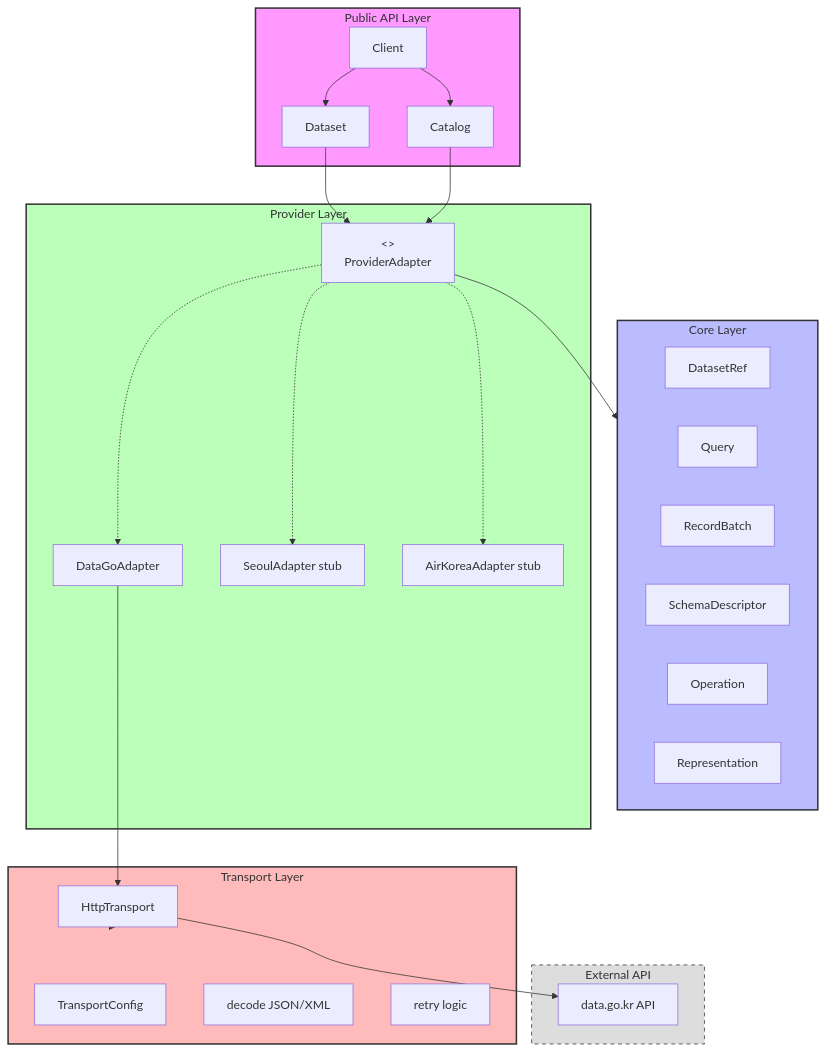
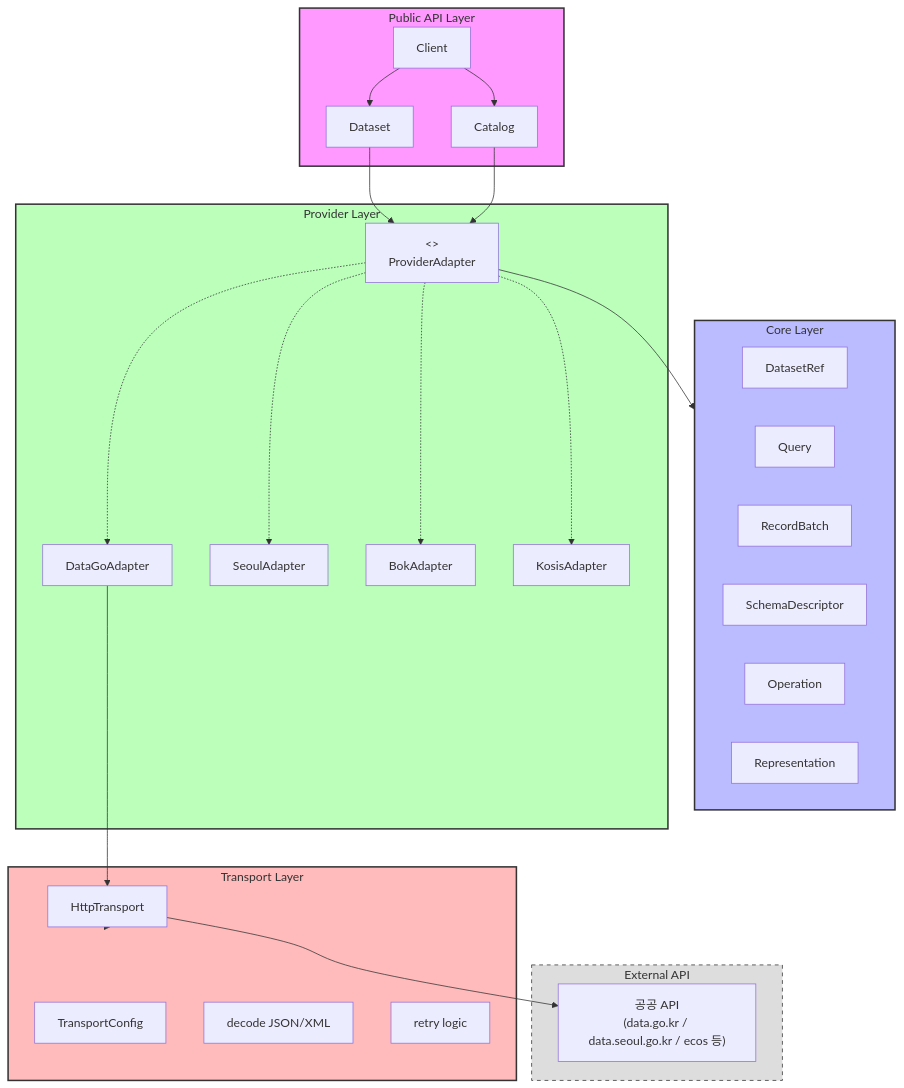
Before and after one commit to yeongseon/kpubdata: the first of 9 diagrams in docs/architecture-diagrams.md, drawn with Mermaid. The commit also changed other lines of this file and 9 other files, not shown here.

````diff
--- a/docs/architecture-diagrams.md
+++ b/docs/architecture-diagrams.md
@@ -11,54 +11,56 @@
 ```mermaid
 graph TB
     subgraph Public_API_Layer [Public API Layer]
         Client[Client]
         Catalog[Catalog]
         Dataset[Dataset]
     end
 
     subgraph Core_Layer [Core Layer]
         DatasetRef[DatasetRef]
         Query[Query]
         RecordBatch[RecordBatch]
         SchemaDescriptor[SchemaDescriptor]
         Operation[Operation]
         Representation[Representation]
     end
 
     subgraph Provider_Layer [Provider Layer]
         ProviderAdapter["<<Protocol>><br/>ProviderAdapter"]
         DataGoAdapter[DataGoAdapter]
-        SeoulAdapter[SeoulAdapter stub]
-        AirKoreaAdapter[AirKoreaAdapter stub]
+        SeoulAdapter[SeoulAdapter]
+        BokAdapter[BokAdapter]
+        KosisAdapter[KosisAdapter]
 
         ProviderAdapter -.-> DataGoAdapter
         ProviderAdapter -.-> SeoulAdapter
-        ProviderAdapter -.-> AirKoreaAdapter
+        ProviderAdapter -.-> BokAdapter
+        ProviderAdapter -.-> KosisAdapter
     end
 
     subgraph Transport_Layer [Transport Layer]
         HttpTransport[HttpTransport]
         TransportConfig[TransportConfig]
         decode[decode JSON/XML]
         retry[retry logic]
     end
 
     subgraph External [External API]
-        DataGoAPI[data.go.kr API]
+        DataGoAPI["공공 API<br/>(data.go.kr / data.seoul.go.kr / ecos 등)"]
     end
 
     Client --> Catalog
     Client --> Dataset
     Dataset --> ProviderAdapter
     Catalog --> ProviderAdapter
     ProviderAdapter --> Core_Layer
     DataGoAdapter --> HttpTransport
     HttpTransport --> Transport_Layer
     HttpTransport --> DataGoAPI
 
     style Public_API_Layer fill:#f9f,stroke:#333,stroke-width:2px
     style Core_Layer fill:#bbf,stroke:#333,stroke-width:2px
     style Provider_Layer fill:#bfb,stroke:#333,stroke-width:2px
     style Transport_Layer fill:#fbb,stroke:#333,stroke-width:2px
     style External fill:#ddd,stroke:#333,stroke-dasharray: 5 5
 ```
````
